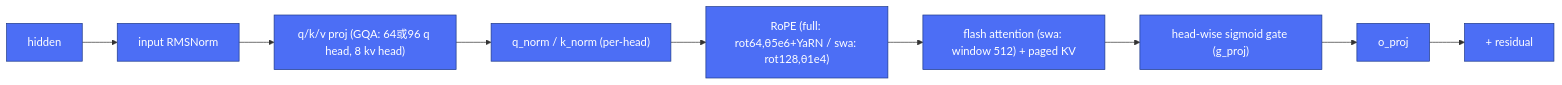
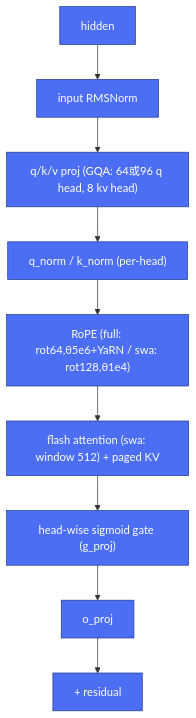
Before and after one commit to csy0225/pypto-project: the second of 3 diagrams in design/step3p5-model-architecture.md, drawn with Mermaid. The commit also changed other lines of this file and 6 other files, not shown here.

First line of the commit message:
docs: 所有 Mermaid 流程图改为纵向(TD)布局，避免横向超屏

````diff
--- a/design/step3p5-model-architecture.md
+++ b/design/step3p5-model-architecture.md
@@ -102,13 +102,13 @@
 ```mermaid
-flowchart LR
+flowchart TD
     H["hidden"] --> RN1["input RMSNorm"]
     RN1 --> QKV["q/k/v proj (GQA: 64或96 q head, 8 kv head)"]
     QKV --> QN["q_norm / k_norm (per-head)"]
     QN --> ROPE["RoPE (full: rot64,θ5e6+YaRN / swa: rot128,θ1e4)"]
     ROPE --> FA["flash attention (swa: window 512) + paged KV"]
     FA --> GATE["head-wise sigmoid gate (g_proj)"]
     GATE --> OP["o_proj"]
     OP --> ADD1["+ residual"]
     classDef a fill:#4C6EF5,stroke:#1E3A8A,color:#fff;
     class H,RN1,QKV,QN,ROPE,FA,GATE,OP,ADD1 a;
 ```
````
